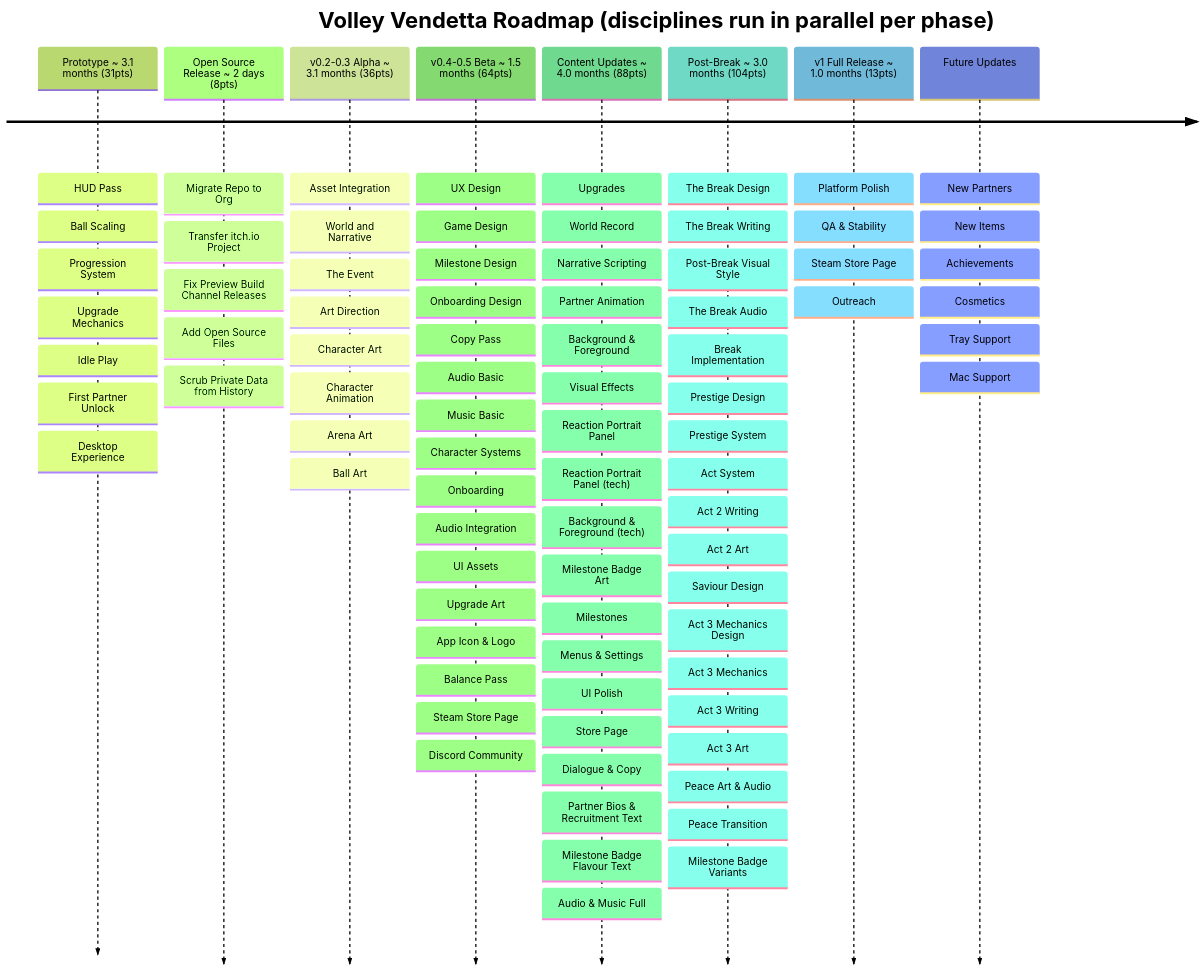
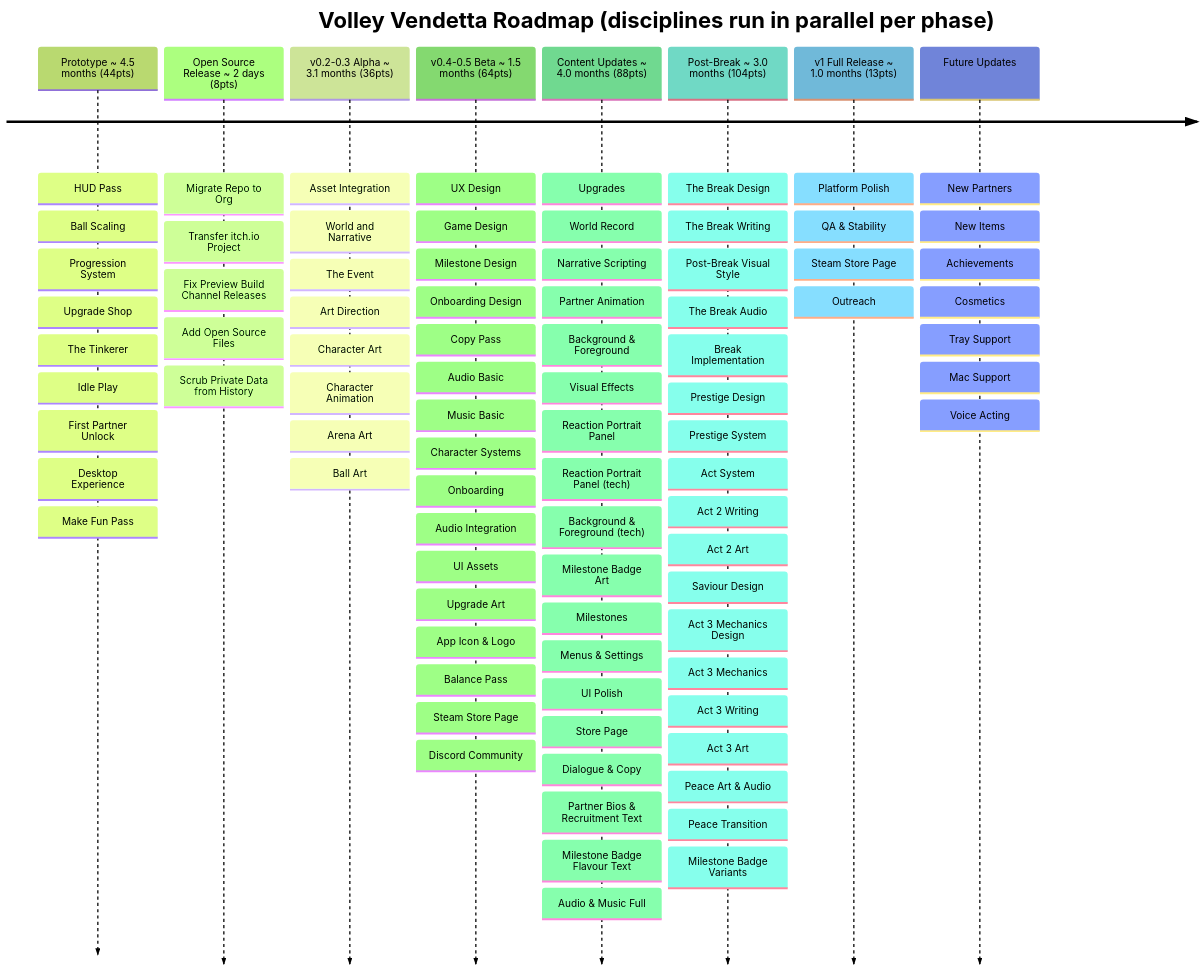
The diagram in designs/roadmap.md (shuck-dev/volley), drawn with Mermaid (forest theme) before and after one commit. The commit also changed 10 other files, not shown here.

````diff
--- a/designs/roadmap.md
+++ b/designs/roadmap.md
@@ -4,14 +4,16 @@
 timeline
     title Volley Vendetta Roadmap (disciplines run in parallel per phase)
 
-    Prototype ~ 3.1 months (31pts)
+    Prototype ~ 4.5 months (44pts)
         : HUD Pass
         : Ball Scaling
         : Progression System
-        : Upgrade Mechanics
+        : Upgrade Shop
+        : The Tinkerer
         : Idle Play
         : First Partner Unlock
         : Desktop Experience
+        : Make Fun Pass
 
     Open Source Release ~ 2 days (8pts)
         : Migrate Repo to Org
@@ -101,4 +103,5 @@
         : Cosmetics
         : Tray Support
         : Mac Support
+        : Voice Acting
 ```
````
